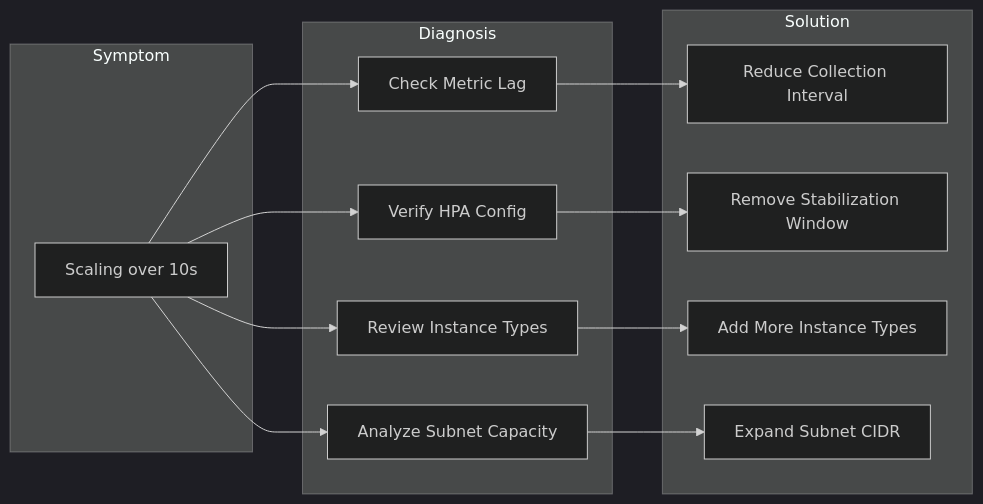
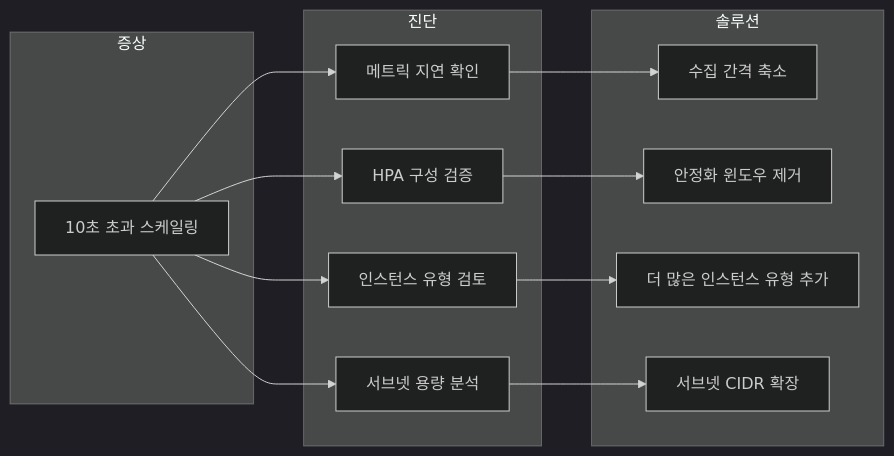
Diagram 13 of 13 in docs/performance-networking/karpenter-autoscaling.md (devfloor9/engineering-playbook), drawn with Mermaid (dark theme) before and after one commit. The commit also changed other lines of this file and 30 other files, not shown here.

````diff
--- a/docs/performance-networking/karpenter-autoscaling.md
+++ b/docs/performance-networking/karpenter-autoscaling.md
@@ -598,26 +690,26 @@
 ```mermaid
 graph LR
-    subgraph "Symptom"
-        SLOW[Scaling over 10s]
+    subgraph "증상"
+        SLOW[10초 초과 스케일링]
     end
 
-    subgraph "Diagnosis"
-        D1[Check Metric Lag]
-        D2[Verify HPA Config]
-        D3[Review Instance Types]
-        D4[Analyze Subnet Capacity]
+    subgraph "진단"
+        D1[메트릭 지연 확인]
+        D2[HPA 구성 검증]
+        D3[인스턴스 유형 검토]
+        D4[서브넷 용량 분석]
     end
 
-    subgraph "Solution"
-        S1[Reduce Collection Interval]
-        S2[Remove Stabilization Window]
-        S3[Add More Instance Types]
-        S4[Expand Subnet CIDR]
+    subgraph "솔루션"
+        S1[수집 간격 축소]
+        S2[안정화 윈도우 제거]
+        S3[더 많은 인스턴스 유형 추가]
+        S4[서브넷 CIDR 확장]
     end
 
     SLOW --> D1 --> S1
     SLOW --> D2 --> S2
     SLOW --> D3 --> S3
     SLOW --> D4 --> S4
 
 ```
````
